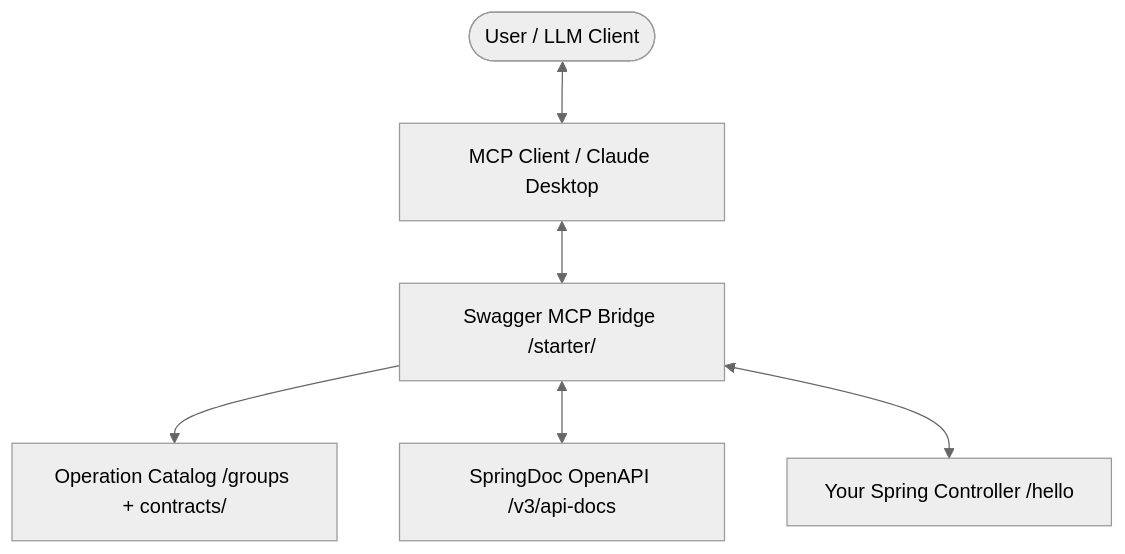
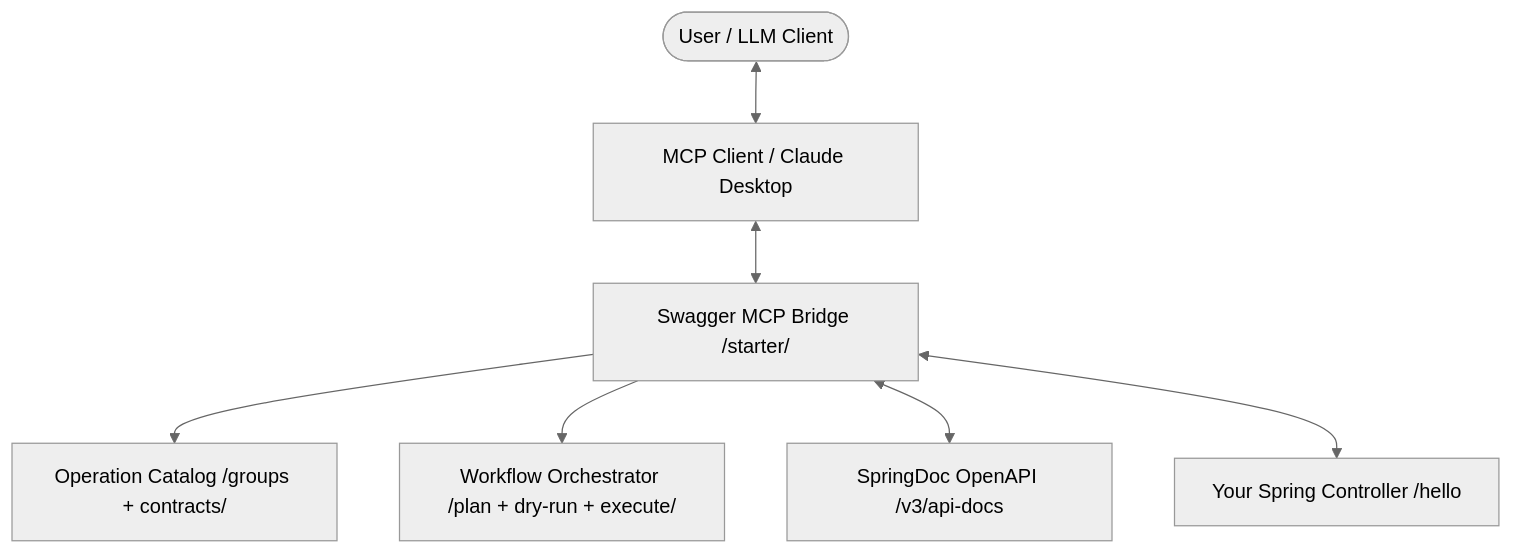
Before and after one commit to Neo1228/spring-boot-starter-swagger-mcp: the diagram in README.md, drawn with Mermaid (neutral theme). The commit also changed other lines of this file and 2 other files, not shown here.

First line of the commit message:
Add workflow orchestration for multi-step MCP API calls

````diff
--- a/README.md
+++ b/README.md
@@ -24,8 +24,9 @@
 ```mermaid
 graph TD
     User([User / LLM Client]) <--> MCP[MCP Client / Claude Desktop]
     MCP <--> Bridge[Swagger MCP Bridge /starter/]
     Bridge --> Catalog[Operation Catalog /groups + contracts/]
+    Bridge --> Workflow[Workflow Orchestrator /plan + dry-run + execute/]
     Bridge <--> Docs[SpringDoc OpenAPI /v3/api-docs]
     Bridge <--> API[Your Spring Controller /hello]
 ```
````
